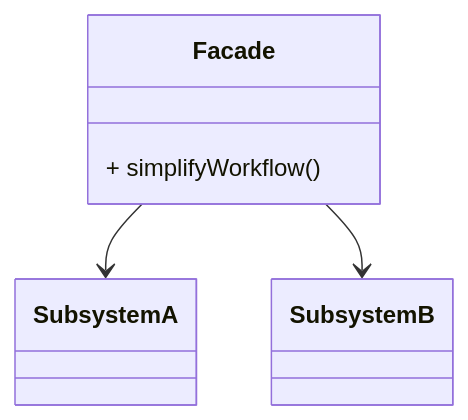
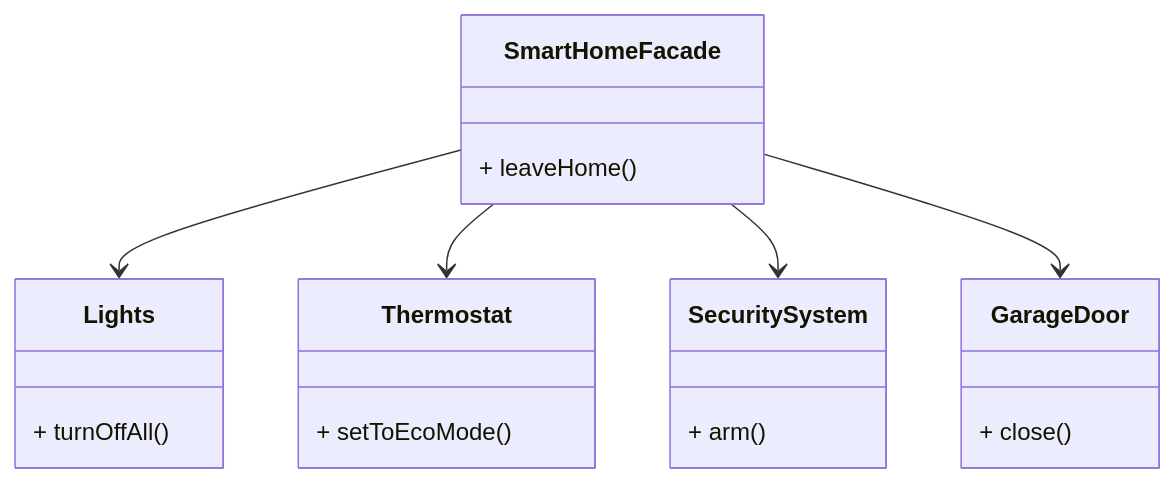
One commit to swapnilphalke97/Design-Pattern changed the tenth of 22 diagrams in Readme.md. Above: the diagram before and after it, drawn with Mermaid. The commit also changed other lines of this file, not shown here.

````diff
--- a/Readme.md
+++ b/Readme.md
@@ -414,10 +456,15 @@
 ```mermaid
 classDiagram
-    class Facade {
-        + simplifyWorkflow()
+    class SmartHomeFacade {
+        + leaveHome()
     }
-    class SubsystemA
-    class SubsystemB
-    Facade --> SubsystemA
-    Facade --> SubsystemB
+    class Lights { + turnOffAll() }
+    class Thermostat { + setToEcoMode() }
+    class SecuritySystem { + arm() }
+    class GarageDoor { + close() }
+    
+    SmartHomeFacade --> Lights
+    SmartHomeFacade --> Thermostat
+    SmartHomeFacade --> SecuritySystem
+    SmartHomeFacade --> GarageDoor
 ```
````
